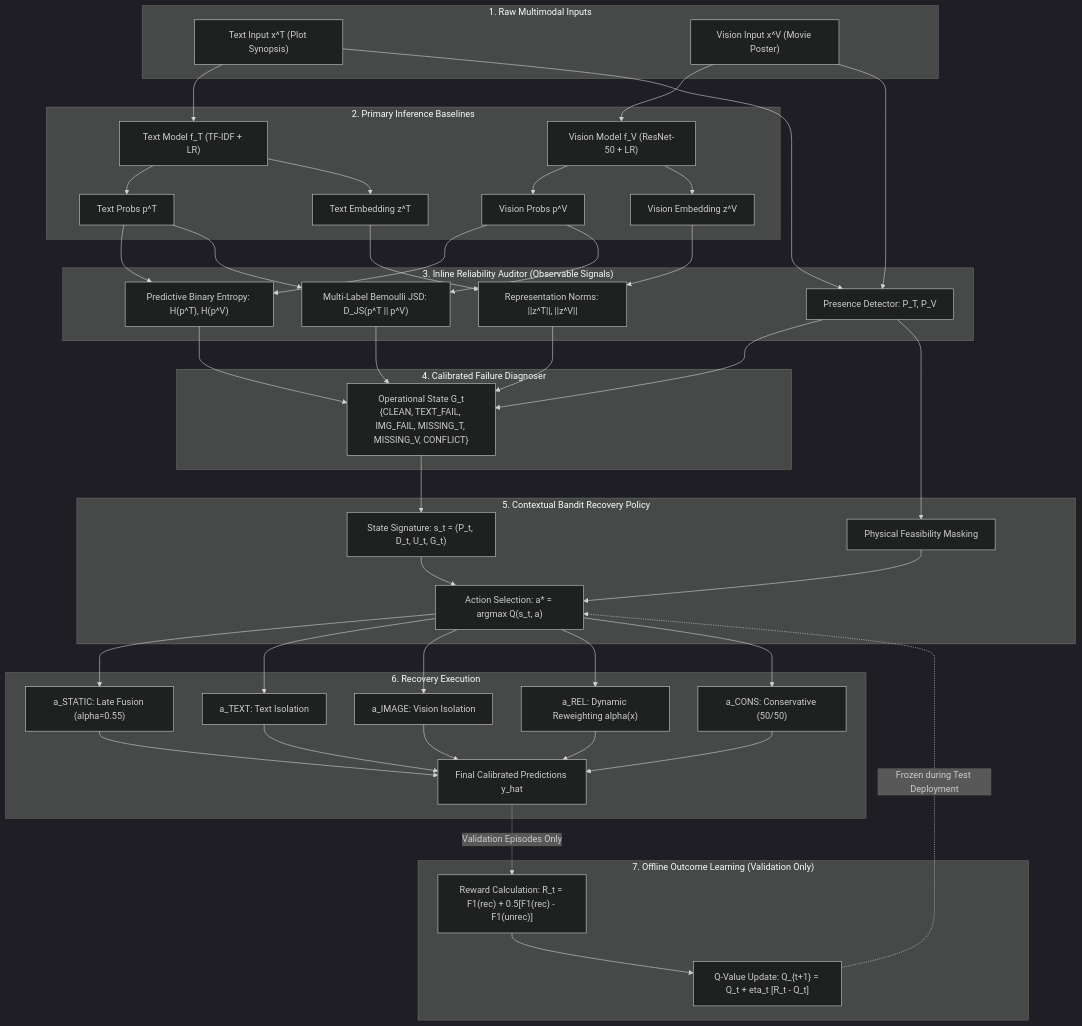
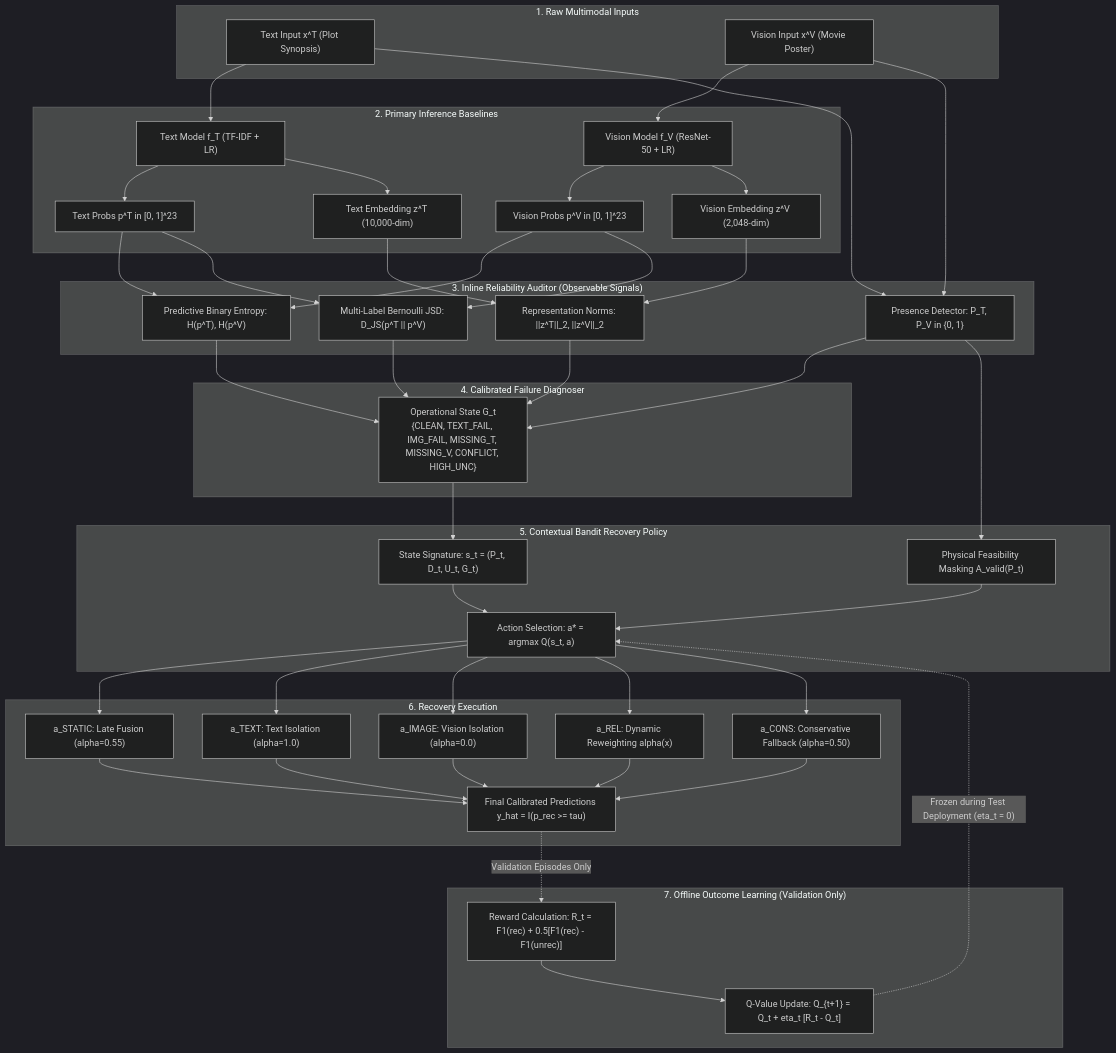
The diagram in SEAA_MASTER_PROJECT_DOCUMENTATION.md (kovilapu-bharat/Self-Evolving-AI-Auditor-for-Multimodal-Reliability), drawn with Mermaid (dark theme) before and after one commit. The commit also changed other lines of this file and 69 other files, not shown here.

````diff
--- a/SEAA_MASTER_PROJECT_DOCUMENTATION.md
+++ b/SEAA_MASTER_PROJECT_DOCUMENTATION.md
@@ -87,69 +102,69 @@
 ```mermaid
 flowchart TD
     subgraph Inputs["1. Raw Multimodal Inputs"]
         XT["Text Input x^T (Plot Synopsis)"]
         XV["Vision Input x^V (Movie Poster)"]
     end
 
     subgraph Baselines["2. Primary Inference Baselines"]
         FT["Text Model f_T (TF-IDF + LR)"]
         FV["Vision Model f_V (ResNet-50 + LR)"]
-        PT["Text Probs p^T"]
-        PV["Vision Probs p^V"]
-        ZT["Text Embedding z^T"]
-        ZV["Vision Embedding z^V"]
+        PT["Text Probs p^T in [0, 1]^23"]
+        PV["Vision Probs p^V in [0, 1]^23"]
+        ZT["Text Embedding z^T (10,000-dim)"]
+        ZV["Vision Embedding z^V (2,048-dim)"]
     end
 
     XT --> FT --> PT
     FT --> ZT
     XV --> FV --> PV
     FV --> ZV
 
     subgraph Auditor["3. Inline Reliability Auditor (Observable Signals)"]
-        PRES["Presence Detector: P_T, P_V"]
+        PRES["Presence Detector: P_T, P_V in {0, 1}"]
         UNC["Predictive Binary Entropy: H(p^T), H(p^V)"]
         DIS["Multi-Label Bernoulli JSD: D_JS(p^T || p^V)"]
-        NORM["Representation Norms: ||z^T||, ||z^V||"]
+        NORM["Representation Norms: ||z^T||_2, ||z^V||_2"]
     end
 
     XT & XV --> PRES
     PT & PV --> UNC
     PT & PV --> DIS
     ZT & ZV --> NORM
 
     subgraph Diagnoser["4. Calibrated Failure Diagnoser"]
-        STATE["Operational State G_t<br/>{CLEAN, TEXT_FAIL, IMG_FAIL, MISSING_T, MISSING_V, CONFLICT}"]
+        STATE["Operational State G_t<br/>{CLEAN, TEXT_FAIL, IMG_FAIL, MISSING_T, MISSING_V, CONFLICT, HIGH_UNC}"]
     end
 
     PRES & UNC & DIS & NORM --> STATE
 
     subgraph Policy["5. Contextual Bandit Recovery Policy"]
         SIG["State Signature: s_t = (P_t, D_t, U_t, G_t)"]
-        MASK["Physical Feasibility Masking"]
+        MASK["Physical Feasibility Masking A_valid(P_t)"]
         QVAL["Action Selection: a* = argmax Q(s_t, a)"]
     end
 
     STATE --> SIG
     PRES --> MASK
     SIG & MASK --> QVAL
 
     subgraph Execution["6. Recovery Execution"]
         ACT1["a_STATIC: Late Fusion (alpha=0.55)"]
-        ACT2["a_TEXT: Text Isolation"]
-        ACT3["a_IMAGE: Vision Isolation"]
+        ACT2["a_TEXT: Text Isolation (alpha=1.0)"]
+        ACT3["a_IMAGE: Vision Isolation (alpha=0.0)"]
         ACT4["a_REL: Dynamic Reweighting alpha(x)"]
-        ACT5["a_CONS: Conservative (50/50)"]
-        FINAL["Final Calibrated Predictions y_hat"]
+        ACT5["a_CONS: Conservative Fallback (alpha=0.50)"]
+        FINAL["Final Calibrated Predictions y_hat = I(p_rec >= tau)"]
     end
 
     QVAL --> ACT1 & ACT2 & ACT3 & ACT4 & ACT5
     ACT1 & ACT2 & ACT3 & ACT4 & ACT5 --> FINAL
 
     subgraph Learning["7. Offline Outcome Learning (Validation Only)"]
         REW["Reward Calculation: R_t = F1(rec) + 0.5[F1(rec) - F1(unrec)]"]
         QUPD["Q-Value Update: Q_{t+1} = Q_t + eta_t [R_t - Q_t]"]
     end
 
     FINAL -.->|"Validation Episodes Only"| REW --> QUPD
-    QUPD -.->|"Frozen during Test Deployment"| QVAL
+    QUPD -.->|"Frozen during Test Deployment (eta_t = 0)"| QVAL
 ```
````
